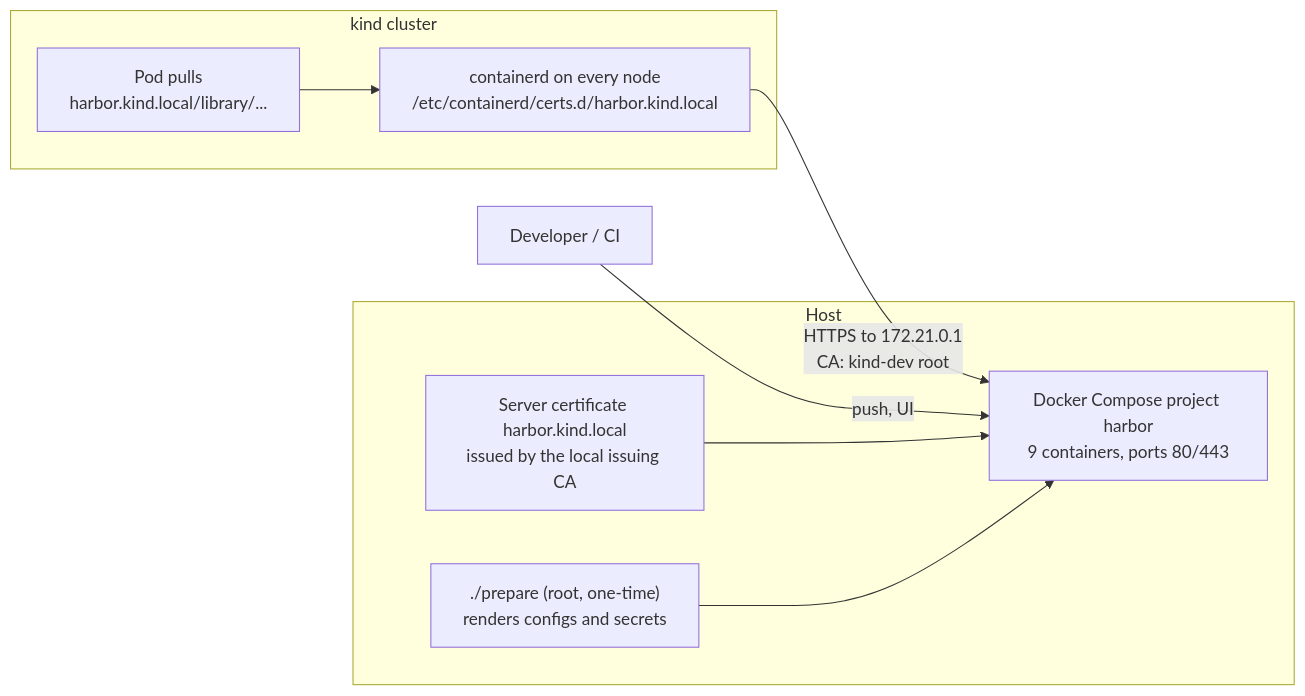
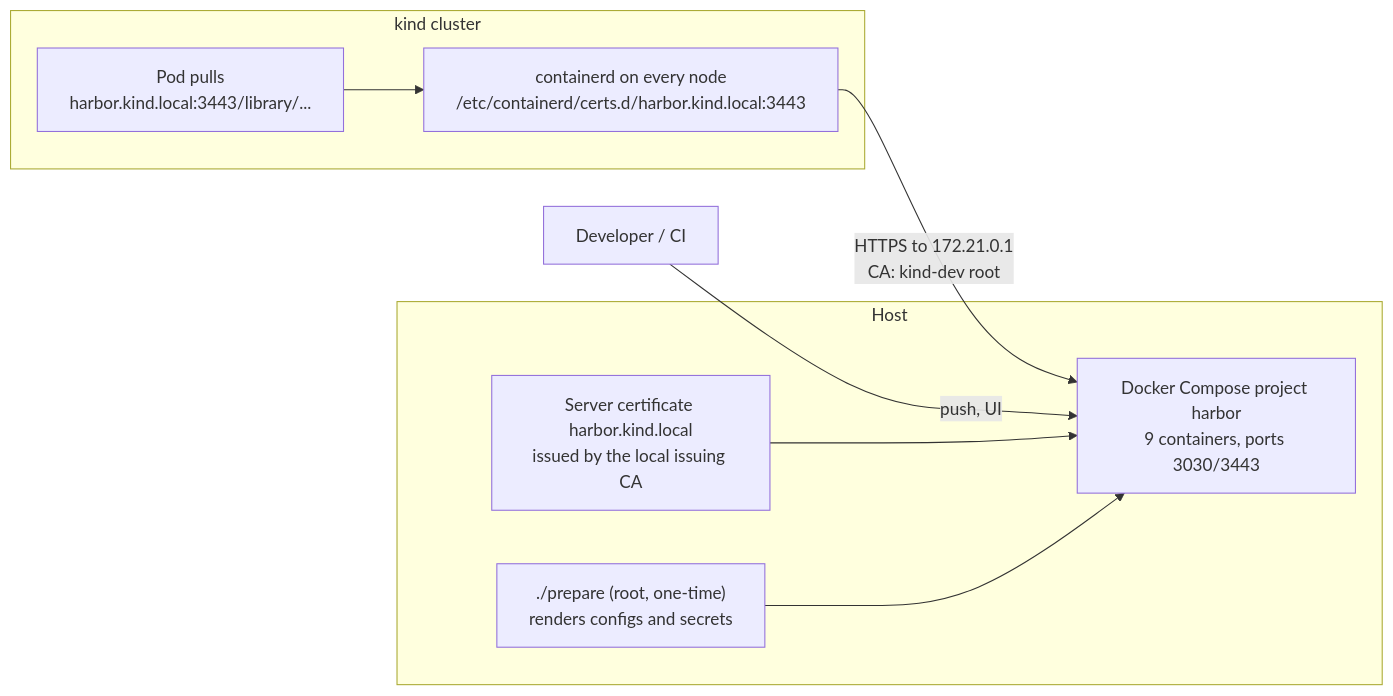
The third of 3 diagrams in architecture.md (leopold2410/devcluster), drawn with Mermaid before and after one commit. The commit also changed other lines of this file and 5 other files, not shown here.

First line of the commit message:
Move Harbor to ports 3030/3443, keep 80/443 free

````diff
--- a/architecture.md
+++ b/architecture.md
@@ -117,18 +117,18 @@
 ```mermaid
 flowchart LR
     subgraph hostside["Host"]
-        compose["Docker Compose project harbor<br/>9 containers, ports 80/443"]
+        compose["Docker Compose project harbor<br/>9 containers, ports 3030/3443"]
         cert["Server certificate harbor.kind.local<br/>issued by the local issuing CA"]
         prep["./prepare (root, one-time)<br/>renders configs and secrets"]
     end
     subgraph clusterside["kind cluster"]
-        containerd["containerd on every node<br/>/etc/containerd/certs.d/harbor.kind.local"]
-        pod["Pod pulls<br/>harbor.kind.local/library/..."]
+        containerd["containerd on every node<br/>/etc/containerd/certs.d/harbor.kind.local:3443"]
+        pod["Pod pulls<br/>harbor.kind.local:3443/library/..."]
     end
 
     prep --> compose
     cert --> compose
     containerd -->|"HTTPS to 172.21.0.1<br/>CA: kind-dev root"| compose
     pod --> containerd
     dev["Developer / CI"] -->|"push, UI"| compose
 ```
````
